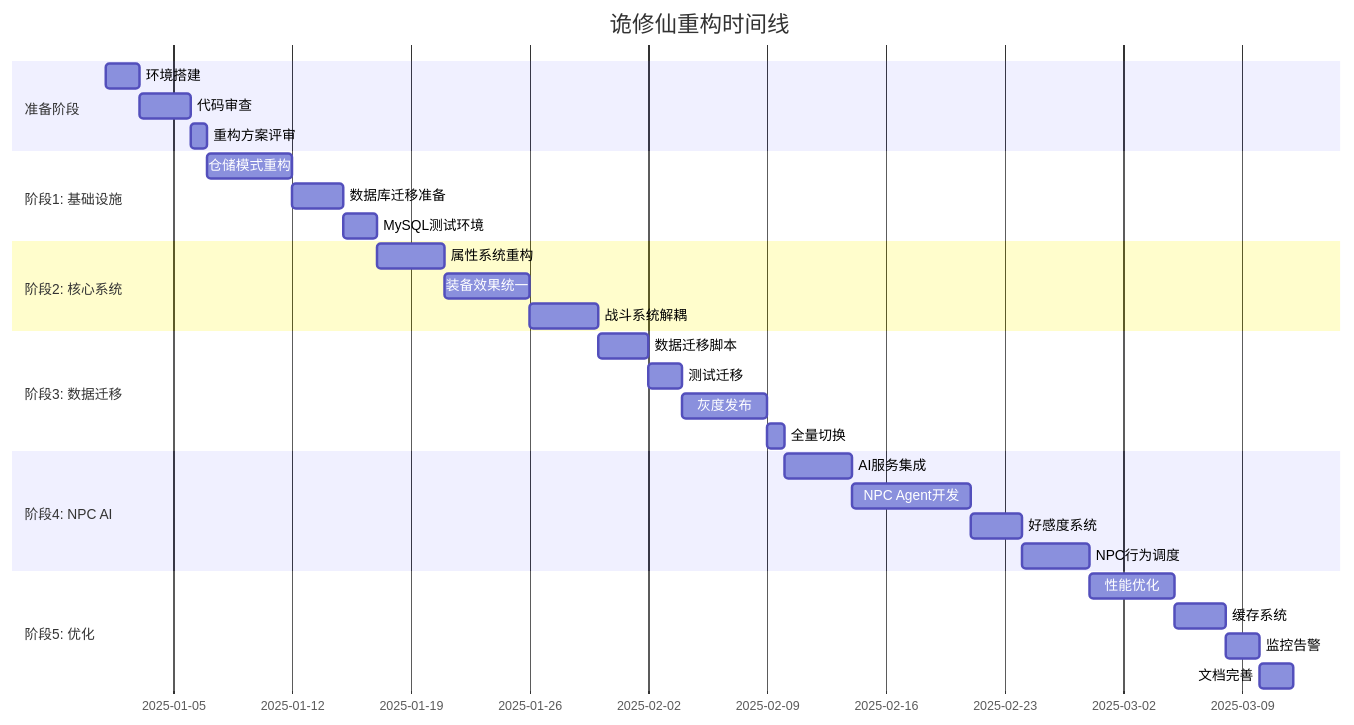
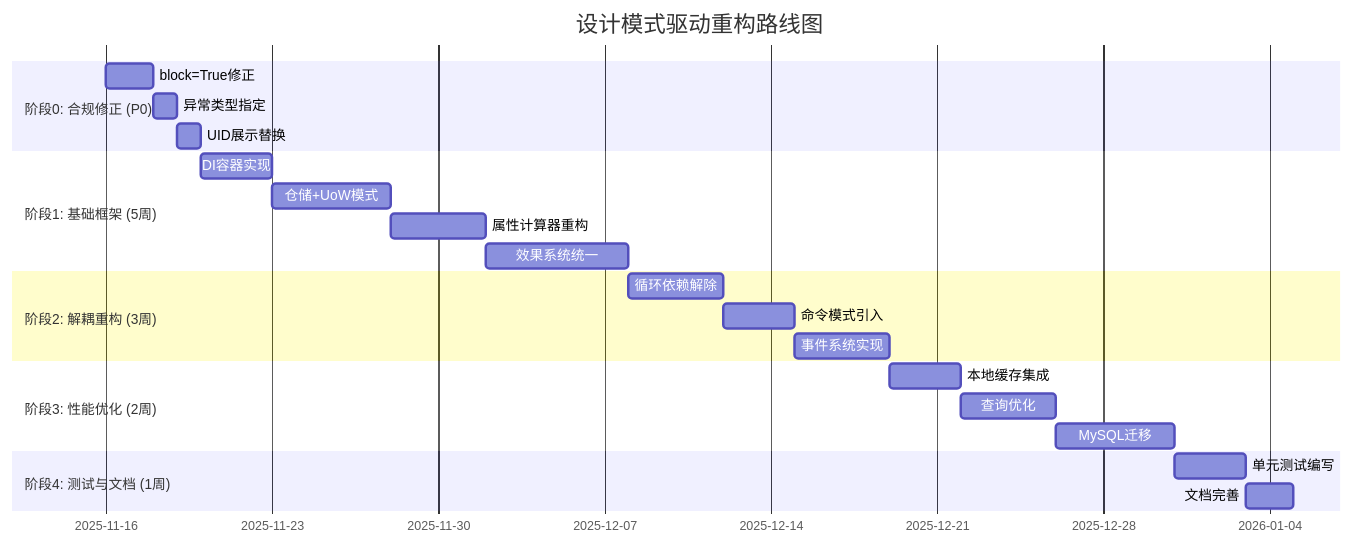
The second of 3 diagrams in REFACTORING_PLAN.md (oversk7/GuiXiuXian-QQBot), drawn with Mermaid before and after one commit. The commit also changed other lines of this file, not shown here.

````diff
--- a/REFACTORING_PLAN.md
+++ b/REFACTORING_PLAN.md
@@ -2311,37 +775,30 @@
 ```mermaid
 gantt
-    title 诡修仙重构时间线
+    title 设计模式驱动重构路线图
     dateFormat  YYYY-MM-DD
-    section 准备阶段
-    环境搭建           :p1, 2025-01-01, 2d
-    代码审查           :p2, after p1, 3d
-    重构方案评审       :p3, after p2, 1d
 
-    section 阶段1: 基础设施
-    仓储模式重构       :a1, after p3, 5d
-    数据库迁移准备     :a2, after a1, 3d
-    MySQL测试环境      :a3, after a2, 2d
+    section 阶段0: 合规修正 (P0)
+    block=True修正           :p0-1, 2025-11-16, 2d
+    异常类型指定             :p0-2, after p0-1, 1d
+    UID展示替换              :p0-3, after p0-2, 1d
 
-    section 阶段2: 核心系统
-    属性系统重构       :b1, after a3, 4d
-    装备效果统一       :b2, after b1, 5d
-    战斗系统解耦       :b3, after b2, 4d
+    section 阶段1: 基础框架 (5周)
+    DI容器实现               :a1, after p0-3, 3d
+    仓储+UoW模式             :a2, after a1, 5d
+    属性计算器重构           :a3, after a2, 4d
+    效果系统统一             :a4, after a3, 6d
 
-    section 阶段3: 数据迁移
-    数据迁移脚本       :c1, after b3, 3d
-    测试迁移           :c2, after c1, 2d
-    灰度发布           :c3, after c2, 5d
-    全量切换           :c4, after c3, 1d
+    section 阶段2: 解耦重构 (3周)
+    循环依赖解除             :b1, after a4, 4d
+    命令模式引入             :b2, after b1, 3d
+    事件系统实现             :b3, after b2, 4d
 
-    section 阶段4: NPC AI
-    AI服务集成         :d1, after c4, 4d
-    NPC Agent开发      :d2, after d1, 7d
-    好感度系统         :d3, after d2, 3d
-    NPC行为调度        :d4, after d3, 4d
+    section 阶段3: 性能优化 (2周)
+    本地缓存集成             :c1, after b3, 3d
+    查询优化                 :c2, after c1, 4d
+    MySQL迁移                :c3, after c2, 5d
 
-    section 阶段5: 优化
-    性能优化           :e1, after d4, 5d
-    缓存系统           :e2, after e1, 3d
-    监控告警           :e3, after e2, 2d
-    文档完善           :e4, after e3, 2d
+    section 阶段4: 测试与文档 (1周)
+    单元测试编写             :d1, after c3, 3d
+    文档完善                 :d2, after d1, 2d
 ```
````
